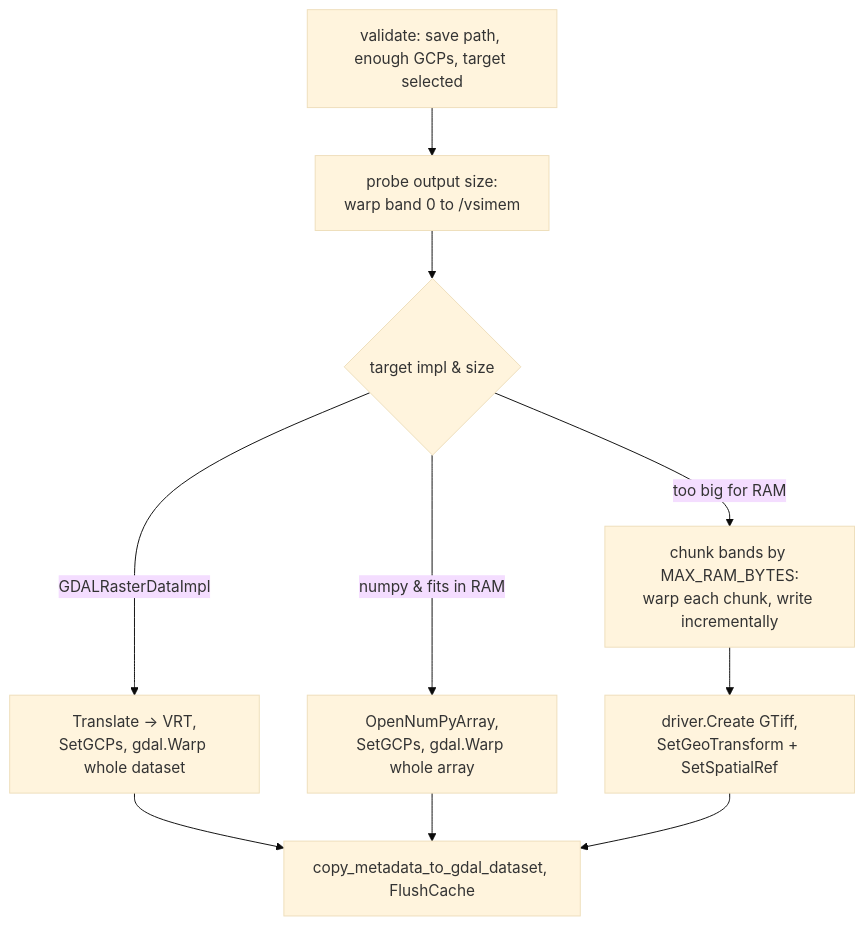
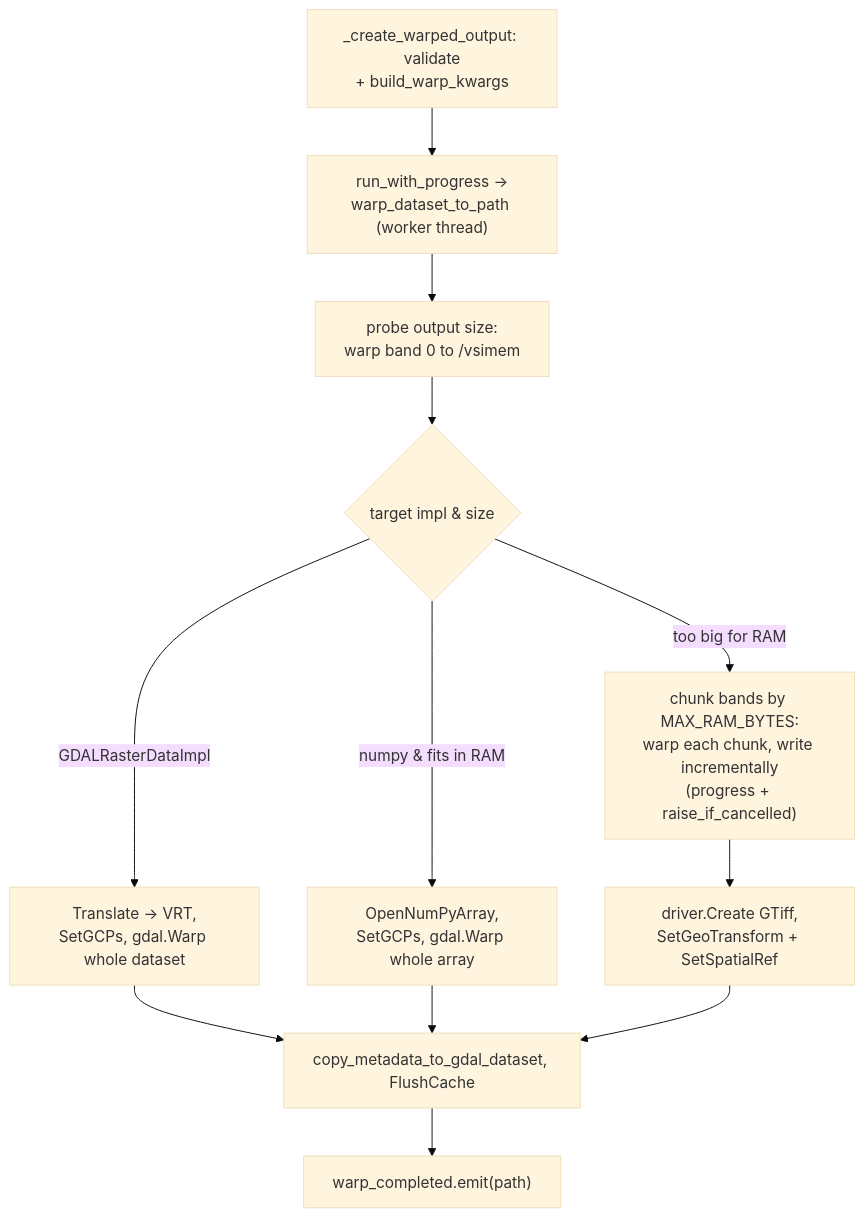
The fifth of 5 diagrams in doc/sphinx-general-wiser-docs/source/developer-content/georeferencer-internals.md (Ehlmann-research-group/WISER), drawn with Mermaid (base theme) before and after one commit. The commit also changed other lines of this file, not shown here.

````diff
--- a/doc/sphinx-general-wiser-docs/source/developer-content/georeferencer-internals.md
+++ b/doc/sphinx-general-wiser-docs/source/developer-content/georeferencer-internals.md
@@ -405,12 +455,14 @@
 ```{mermaid}
 flowchart TD
-    V["validate: save path, enough GCPs, target selected"] --> P["probe output size:<br/>warp band 0 to /vsimem"]
+    V["_create_warped_output: validate<br/>+ build_warp_kwargs"] --> R["run_with_progress →<br/>warp_dataset_to_path (worker thread)"]
+    R --> P["probe output size:<br/>warp band 0 to /vsimem"]
     P --> Branch{target impl & size}
     Branch -->|"GDALRasterDataImpl"| G["Translate → VRT,<br/>SetGCPs, gdal.Warp whole dataset"]
     Branch -->|"numpy & fits in RAM"| N["OpenNumPyArray,<br/>SetGCPs, gdal.Warp whole array"]
-    Branch -->|"too big for RAM"| C["chunk bands by MAX_RAM_BYTES:<br/>warp each chunk, write incrementally"]
+    Branch -->|"too big for RAM"| C["chunk bands by MAX_RAM_BYTES:<br/>warp each chunk, write incrementally<br/>(progress + raise_if_cancelled)"]
     C --> M["driver.Create GTiff,<br/>SetGeoTransform + SetSpatialRef"]
     G --> F["copy_metadata_to_gdal_dataset, FlushCache"]
     N --> F
     M --> F
+    F --> S["warp_completed.emit(path)"]
 ```
````
